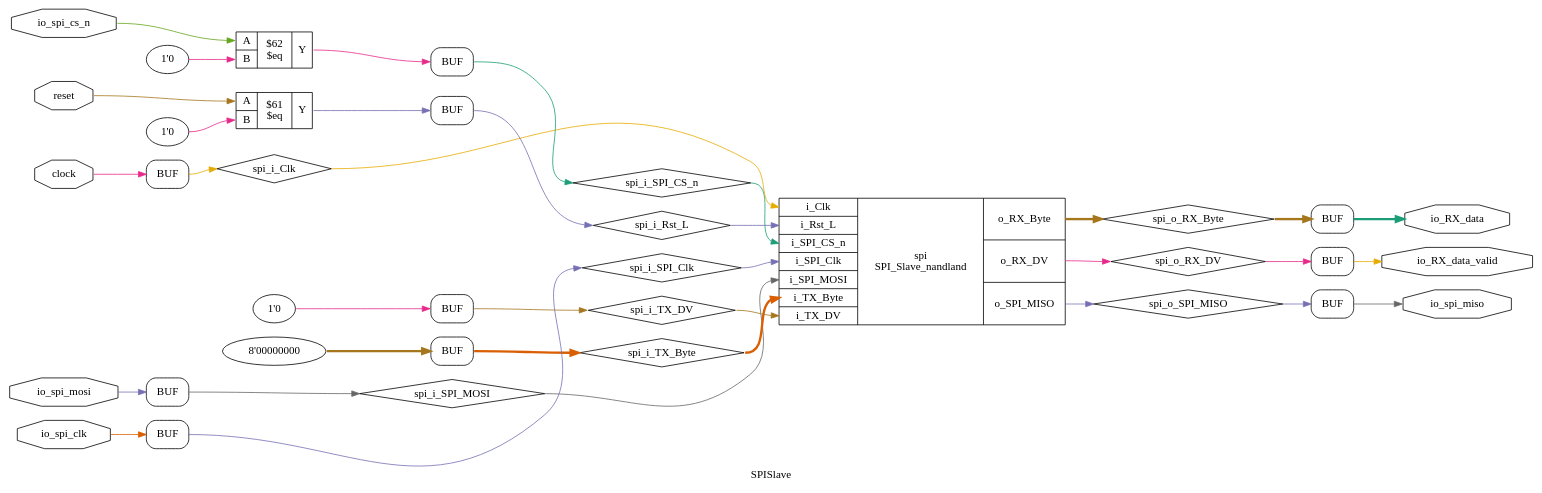
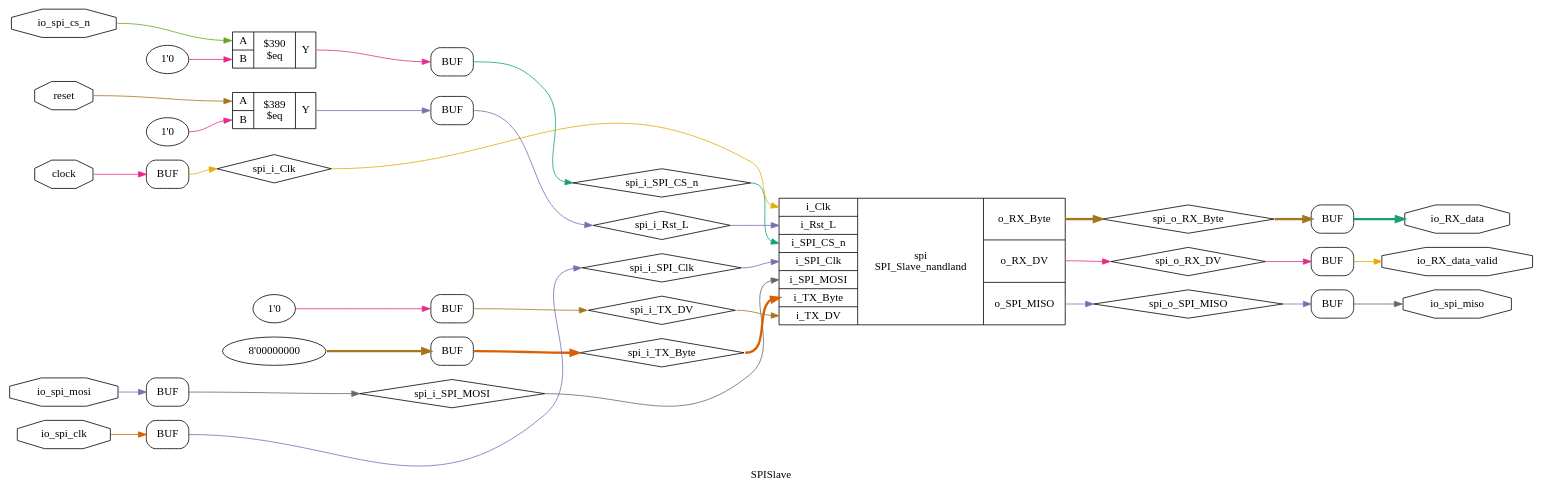
Before and after one commit to TDT4295-2019-groupA/FPGA: the diagram in graphs/yosys/SPISlave_gen.dot, drawn with Graphviz. The commit also changed 81 other files, not shown here.

Commit message:
run make graphs

```diff
--- a/graphs/yosys/SPISlave_gen.dot
+++ b/graphs/yosys/SPISlave_gen.dot
@@ -1,76 +1,76 @@
 digraph "SPISlave" {
 label="SPISlave";
 rankdir="LR";
 remincross=true;
 n3 [ shape=diamond, label="spi_i_SPI_CS_n", color="black", fontcolor="black" ];
 n4 [ shape=diamond, label="spi_i_SPI_MOSI", color="black", fontcolor="black" ];
 n5 [ shape=diamond, label="spi_o_SPI_MISO", color="black", fontcolor="black" ];
 n6 [ shape=diamond, label="spi_i_SPI_Clk", color="black", fontcolor="black" ];
 n7 [ shape=diamond, label="spi_i_TX_Byte", color="black", fontcolor="black" ];
 n8 [ shape=diamond, label="spi_i_TX_DV", color="black", fontcolor="black" ];
 n9 [ shape=diamond, label="spi_o_RX_Byte", color="black", fontcolor="black" ];
 n10 [ shape=diamond, label="spi_o_RX_DV", color="black", fontcolor="black" ];
 n11 [ shape=diamond, label="spi_i_Rst_L", color="black", fontcolor="black" ];
 n12 [ shape=diamond, label="spi_i_Clk", color="black", fontcolor="black" ];
 n13 [ shape=octagon, label="io_spi_cs_n", color="black", fontcolor="black" ];
 n14 [ shape=octagon, label="io_spi_clk", color="black", fontcolor="black" ];
 n15 [ shape=octagon, label="io_spi_miso", color="black", fontcolor="black" ];
 n16 [ shape=octagon, label="io_spi_mosi", color="black", fontcolor="black" ];
 n17 [ shape=octagon, label="io_RX_data", color="black", fontcolor="black" ];
 n18 [ shape=octagon, label="io_RX_data_valid", color="black", fontcolor="black" ];
 n19 [ shape=octagon, label="reset", color="black", fontcolor="black" ];
 n20 [ shape=octagon, label="clock", color="black", fontcolor="black" ];
 { rank="source"; n13; n14; n16; n19; n20;}
 { rank="sink"; n15; n17; n18;}
 v0 [ label="1'0" ];
-c24 [ shape=record, label="{{<p21> A|<p22> B}|$62\n$eq|{<p23> Y}}" ];
+c24 [ shape=record, label="{{<p21> A|<p22> B}|$390\n$eq|{<p23> Y}}" ];
 v1 [ label="1'0" ];
-c25 [ shape=record, label="{{<p21> A|<p22> B}|$61\n$eq|{<p23> Y}}" ];
+c25 [ shape=record, label="{{<p21> A|<p22> B}|$389\n$eq|{<p23> Y}}" ];
 c36 [ shape=record, label="{{<p26> i_Clk|<p27> i_Rst_L|<p28> i_SPI_CS_n|<p29> i_SPI_Clk|<p30> i_SPI_MOSI|<p31> i_TX_Byte|<p32> i_TX_DV}|spi\nSPI_Slave_nandland|{<p33> o_RX_Byte|<p34> o_RX_DV|<p35> o_SPI_MISO}}" ];
 x2 [shape=box, style=rounded, label="BUF"];
 x3 [shape=box, style=rounded, label="BUF"];
 x4 [shape=box, style=rounded, label="BUF"];
 x5 [shape=box, style=rounded, label="BUF"];
 x6 [shape=box, style=rounded, label="BUF"];
 v7 [ label="1'0" ];
 x8 [shape=box, style=rounded, label="BUF"];
 v9 [ label="8'00000000" ];
 x10 [shape=box, style=rounded, label="BUF"];
 x11 [shape=box, style=rounded, label="BUF"];
 x12 [shape=box, style=rounded, label="BUF"];
 x13 [shape=box, style=rounded, label="BUF"];
 c24:p23:e -> x13:w:w [colorscheme="dark28", color="4", fontcolor="4", label=""];
 c36:p34:e -> n10:w [colorscheme="dark28", color="4", fontcolor="4", label=""];
 n10:e -> x2:w:w [colorscheme="dark28", color="4", fontcolor="4", label=""];
 x6:e:e -> n11:w [colorscheme="dark28", color="3", fontcolor="3", label=""];
 n11:e -> c36:p27:w [colorscheme="dark28", color="3", fontcolor="3", label=""];
 x5:e:e -> n12:w [colorscheme="dark28", color="6", fontcolor="6", label=""];
 n12:e -> c36:p26:w [colorscheme="dark28", color="6", fontcolor="6", label=""];
 n13:e -> c24:p21:w [colorscheme="dark28", color="5", fontcolor="5", label=""];
 n14:e -> x11:w:w [colorscheme="dark28", color="2", fontcolor="2", label=""];
 x4:e:e -> n15:w [colorscheme="dark28", color="8", fontcolor="8", label=""];
 n16:e -> x12:w:w [colorscheme="dark28", color="3", fontcolor="3", label=""];
 x3:e:e -> n17:w [colorscheme="dark28", color="1", fontcolor="1", style="setlinewidth(3)", label=""];
 x2:e:e -> n18:w [colorscheme="dark28", color="6", fontcolor="6", label=""];
 n19:e -> c25:p21:w [colorscheme="dark28", color="7", fontcolor="7", label=""];
 c25:p23:e -> x6:w:w [colorscheme="dark28", color="3", fontcolor="3", label=""];
 n20:e -> x5:w:w [colorscheme="dark28", color="4", fontcolor="4", label=""];
 x13:e:e -> n3:w [colorscheme="dark28", color="1", fontcolor="1", label=""];
 n3:e -> c36:p28:w [colorscheme="dark28", color="1", fontcolor="1", label=""];
 x12:e:e -> n4:w [colorscheme="dark28", color="8", fontcolor="8", label=""];
 n4:e -> c36:p30:w [colorscheme="dark28", color="8", fontcolor="8", label=""];
 c36:p35:e -> n5:w [colorscheme="dark28", color="3", fontcolor="3", label=""];
 n5:e -> x4:w:w [colorscheme="dark28", color="3", fontcolor="3", label=""];
 x11:e:e -> n6:w [colorscheme="dark28", color="3", fontcolor="3", label=""];
 n6:e -> c36:p29:w [colorscheme="dark28", color="3", fontcolor="3", label=""];
 x10:e:e -> n7:w [colorscheme="dark28", color="2", fontcolor="2", style="setlinewidth(3)", label=""];
 n7:e -> c36:p31:w [colorscheme="dark28", color="2", fontcolor="2", style="setlinewidth(3)", label=""];
 x8:e:e -> n8:w [colorscheme="dark28", color="7", fontcolor="7", label=""];
 n8:e -> c36:p32:w [colorscheme="dark28", color="7", fontcolor="7", label=""];
 c36:p33:e -> n9:w [colorscheme="dark28", color="7", fontcolor="7", style="setlinewidth(3)", label=""];
 n9:e -> x3:w:w [colorscheme="dark28", color="7", fontcolor="7", style="setlinewidth(3)", label=""];
 v0:e -> c24:p22:w [colorscheme="dark28", color="4", fontcolor="4", label=""];
 v1:e -> c25:p22:w [colorscheme="dark28", color="4", fontcolor="4", label=""];
 v7:e -> x8:w:w [colorscheme="dark28", color="4", fontcolor="4", label=""];
 v9:e -> x10:w:w [colorscheme="dark28", color="7", fontcolor="7", style="setlinewidth(3)", label=""];
 }
```
